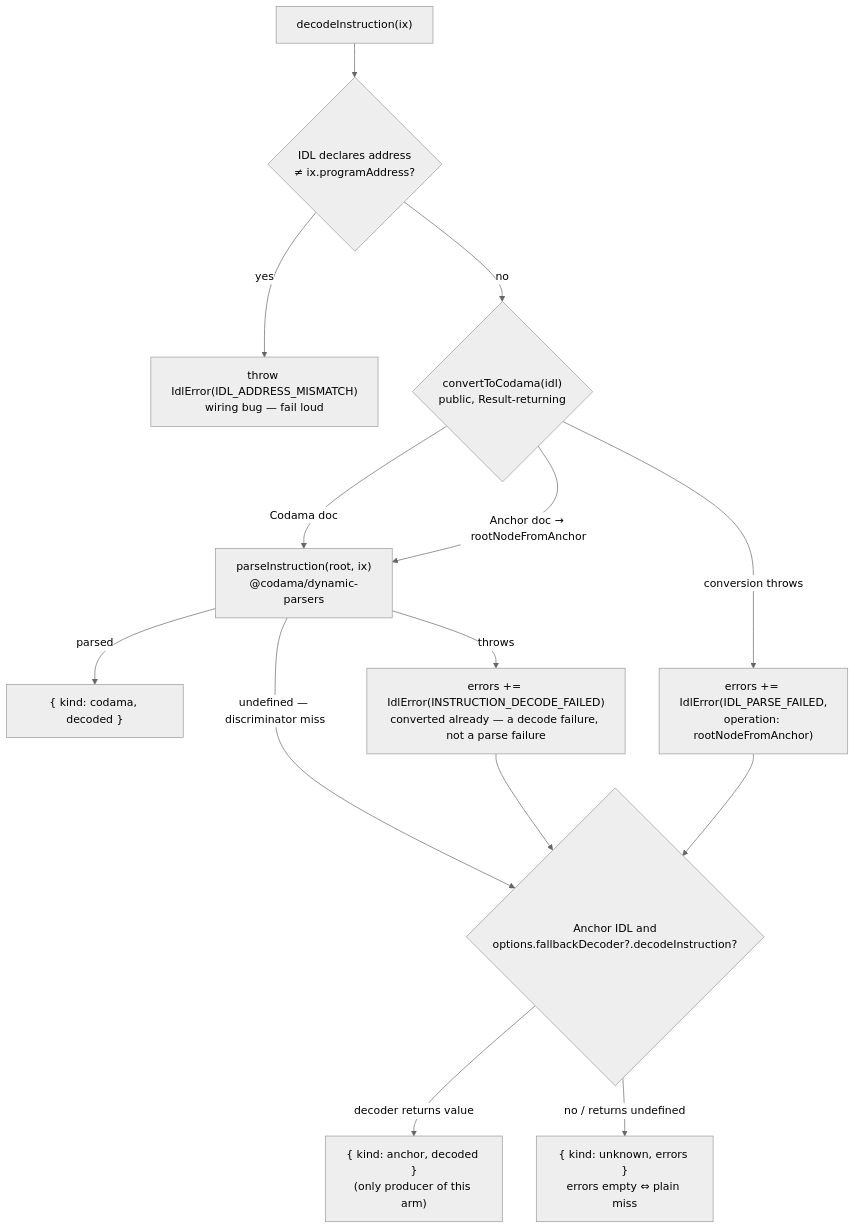
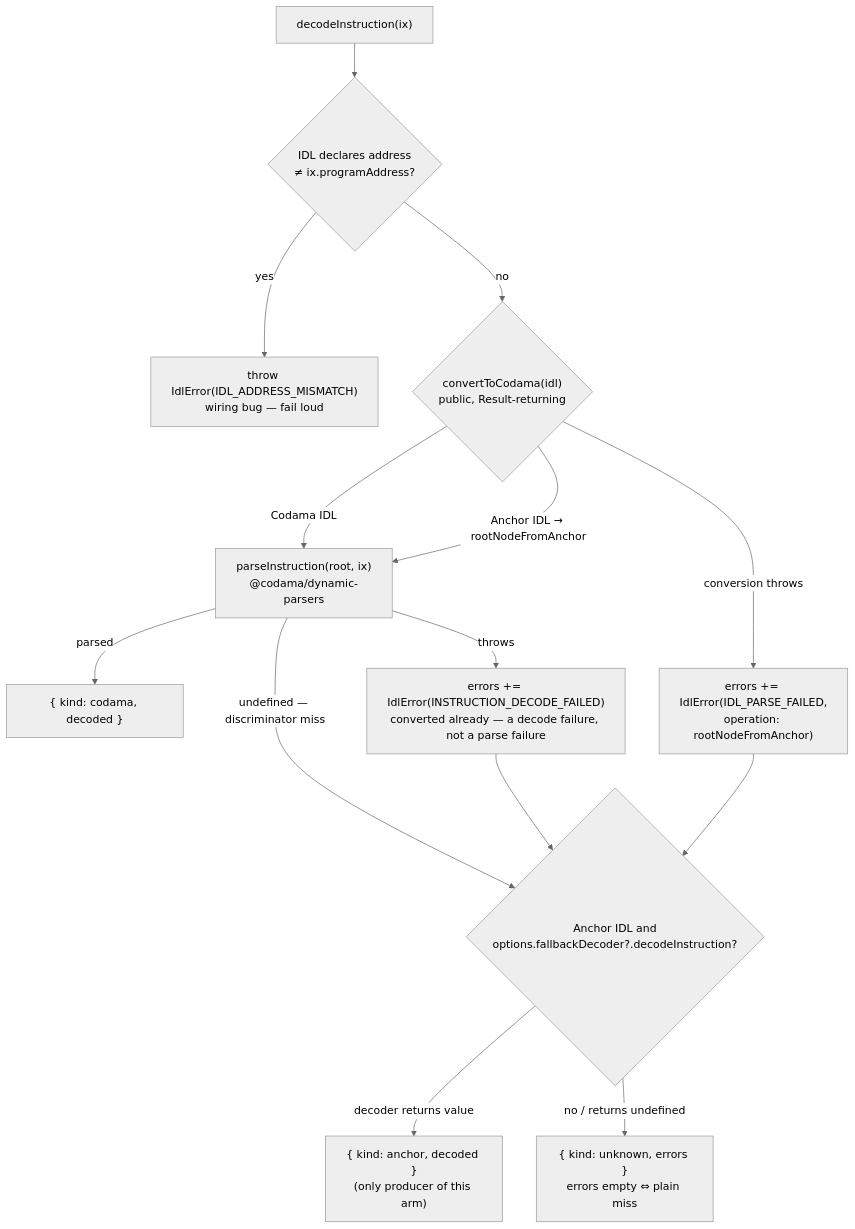
The second of 2 diagrams in packages/idl/DESIGN.md (hoodieshq/explorer), drawn with Mermaid (neutral theme) before and after one commit. The commit also changed other lines of this file and 2 other files, not shown here.

Commit message:
docs(idl): strip design churn and tighten package docs

````diff
--- a/packages/idl/DESIGN.md
+++ b/packages/idl/DESIGN.md
@@ -54,16 +33,16 @@
 ```mermaid
 flowchart TD
     IX["decodeInstruction(ix)"] --> ADDR{"IDL declares address<br/>≠ ix.programAddress?"}
     ADDR -->|yes| MISMATCH["throw IdlError(IDL_ADDRESS_MISMATCH)<br/>wiring bug — fail loud"]
     ADDR -->|no| ROOT{"convertToCodama(idl)<br/>public, Result-returning"}
-    ROOT -->|"Codama doc"| PARSE
-    ROOT -->|"Anchor doc → rootNodeFromAnchor"| PARSE["parseInstruction(root, ix)<br/>@codama/dynamic-parsers"]
+    ROOT -->|"Codama IDL"| PARSE
+    ROOT -->|"Anchor IDL → rootNodeFromAnchor"| PARSE["parseInstruction(root, ix)<br/>@codama/dynamic-parsers"]
     ROOT -->|"conversion throws"| COLLECT["errors += IdlError(IDL_PARSE_FAILED,<br/>operation: rootNodeFromAnchor)"]
     PARSE -->|"parsed"| CODAMA["{ kind: codama, decoded }"]
     PARSE -->|"undefined — discriminator miss"| FALLBACK
     PARSE -->|"throws"| COLLECT2["errors += IdlError(INSTRUCTION_DECODE_FAILED)<br/>converted already — a decode failure, not a parse failure"]
     COLLECT --> FALLBACK{"Anchor IDL and<br/>options.fallbackDecoder?.decodeInstruction?"}
     COLLECT2 --> FALLBACK
     FALLBACK -->|"decoder returns value"| ANCHOR["{ kind: anchor, decoded }<br/>(only producer of this arm)"]
     FALLBACK -->|"no / returns undefined"| UNKNOWN["{ kind: unknown, errors }<br/>errors empty ⇔ plain miss"]
 ```
````
